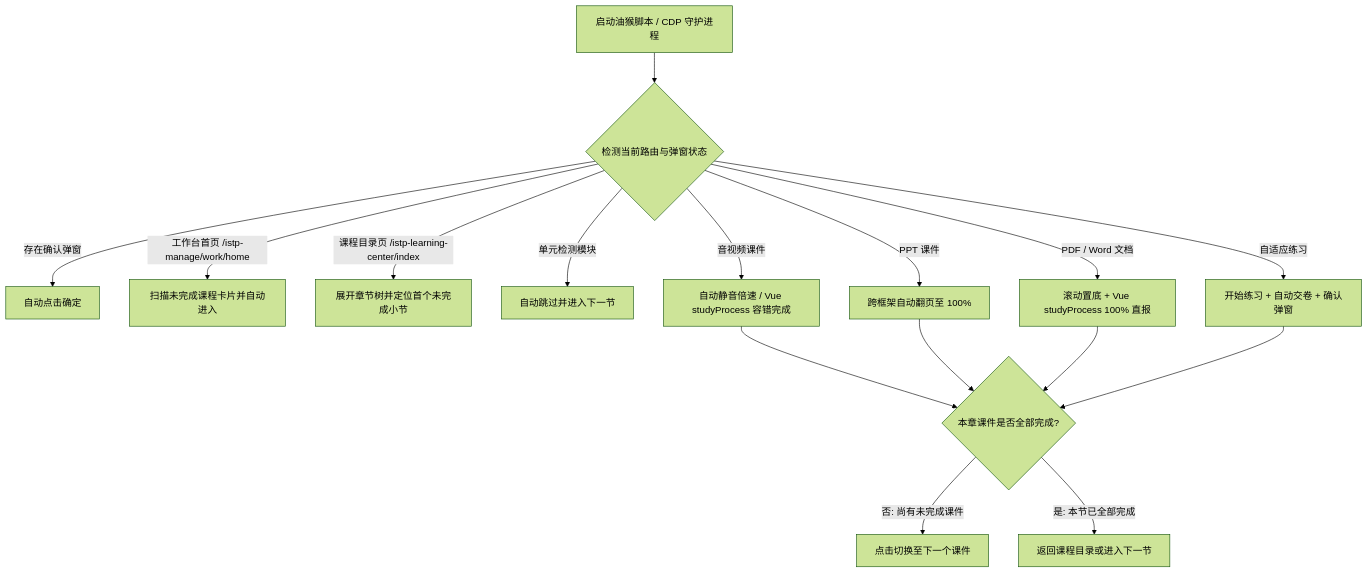
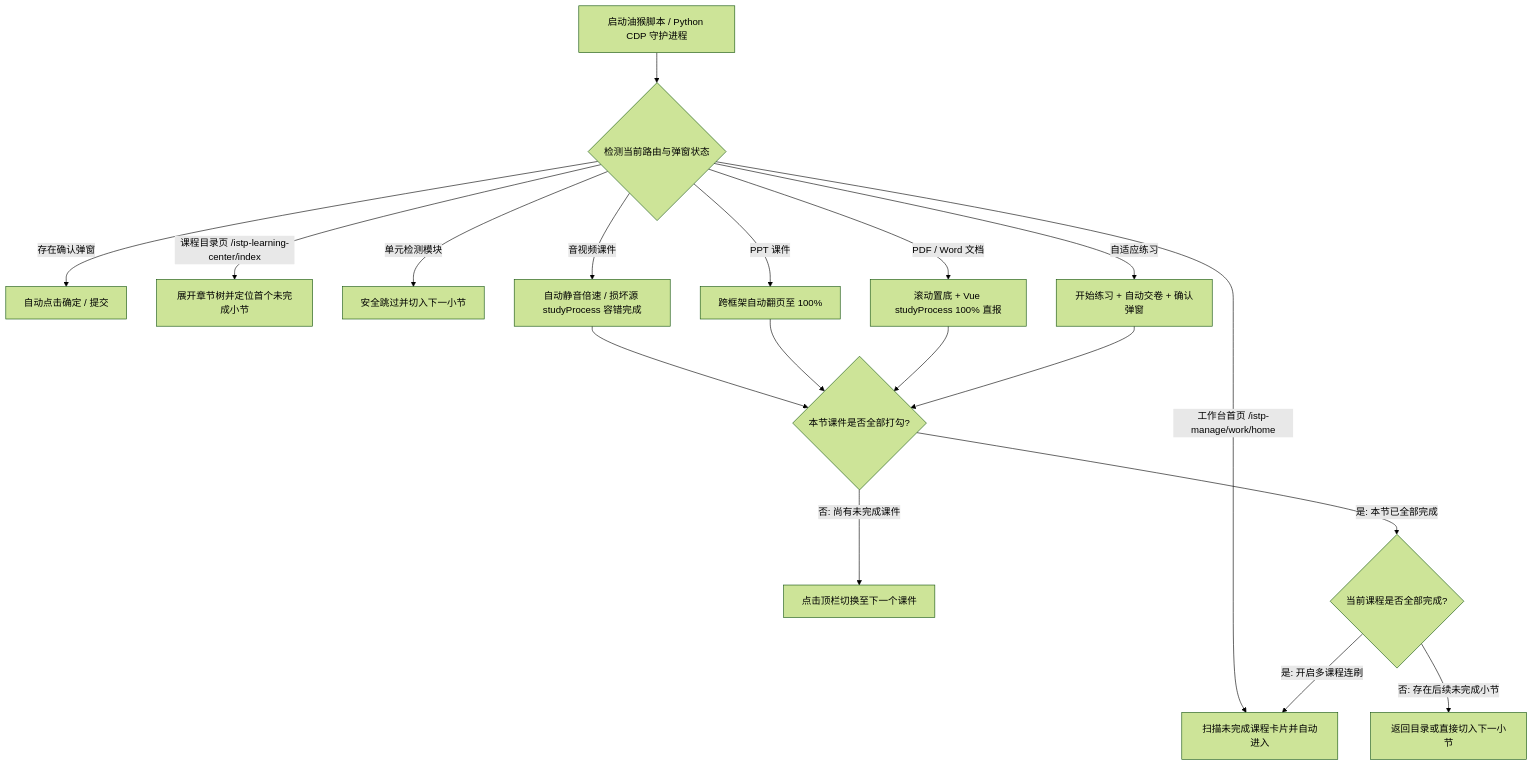
One commit to hermes186/Fifedu_Course_Passing_Script changed the diagram in README.md. Above: the diagram before and after it, drawn with Mermaid (forest theme). The commit also changed other lines of this file and 1 other file, not shown here.

````diff
--- a/README.md
+++ b/README.md
@@ -30,18 +64,20 @@
 ```mermaid
 flowchart TD
-    A["启动油猴脚本 / CDP 守护进程"] --> B{"检测当前路由与弹窗状态"}
-    B -->|"存在确认弹窗"| C["自动点击确定"]
+    A["启动油猴脚本 / Python CDP 守护进程"] --> B{"检测当前路由与弹窗状态"}
+    B -->|"存在确认弹窗"| C["自动点击确定 / 提交"]
     B -->|"工作台首页 /istp-manage/work/home"| D["扫描未完成课程卡片并自动进入"]
     B -->|"课程目录页 /istp-learning-center/index"| E["展开章节树并定位首个未完成小节"]
-    B -->|"单元检测模块"| F["自动跳过并进入下一节"]
-    B -->|"音视频课件"| G["自动静音倍速 / Vue studyProcess 容错完成"]
+    B -->|"单元检测模块"| F["安全跳过并切入下一小节"]
+    B -->|"音视频课件"| G["自动静音倍速 / 损坏源 studyProcess 容错完成"]
     B -->|"PPT 课件"| H["跨框架自动翻页至 100%"]
     B -->|"PDF / Word 文档"| I["滚动置底 + Vue studyProcess 100% 直报"]
     B -->|"自适应练习"| J["开始练习 + 自动交卷 + 确认弹窗"]
-    G --> K{"本章课件是否全部完成?"}
+    G --> K{"本节课件是否全部打勾?"}
     H --> K
     I --> K
     J --> K
-    K -->|"否: 尚有未完成课件"| L["点击切换至下一个课件"]
-    K -->|"是: 本节已全部完成"| M["返回课程目录或进入下一节"]
+    K -->|"否: 尚有未完成课件"| L["点击顶栏切换至下一个课件"]
+    K -->|"是: 本节已全部完成"| M{"当前课程是否全部完成?"}
+    M -->|"否: 存在后续未完成小节"| N["返回目录或直接切入下一小节"]
+    M -->|"是: 开启多课程连刷"| D
 ```
````
